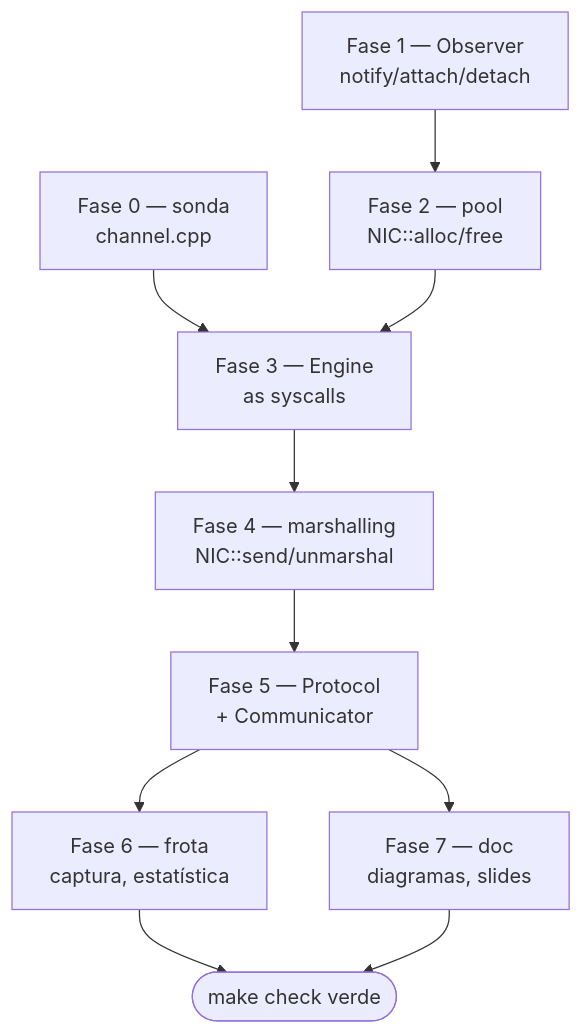
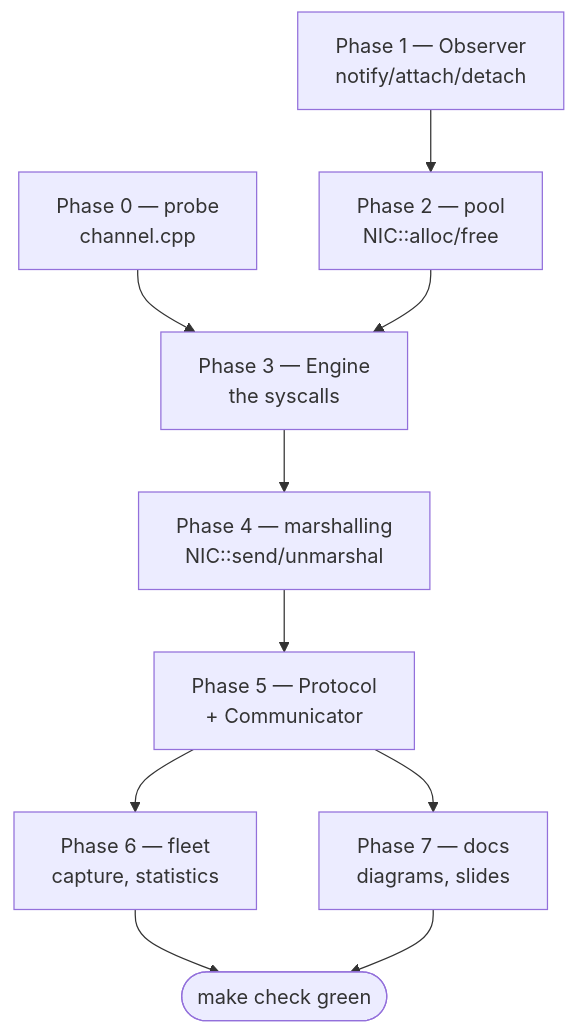
One commit to jpoanders/libvcomm changed the diagram in ROADMAP.md. Above: the diagram before and after it, drawn with Mermaid. The commit also changed other lines of this file and 32 other files, not shown here.

````diff
--- a/ROADMAP.md
+++ b/ROADMAP.md
@@ -27,12 +29,12 @@
 ```mermaid
 flowchart TD
-    F0["Fase 0 — sonda<br/>channel.cpp"] --> F3
-    F1["Fase 1 — Observer<br/>notify/attach/detach"] --> F2["Fase 2 — pool<br/>NIC::alloc/free"]
-    F2 --> F3["Fase 3 — Engine<br/>as syscalls"]
-    F3 --> F4["Fase 4 — marshalling<br/>NIC::send/unmarshal"]
-    F4 --> F5["Fase 5 — Protocol<br/>+ Communicator"]
-    F5 --> F6["Fase 6 — frota<br/>captura, estatística"]
-    F5 --> F7["Fase 7 — doc<br/>diagramas, slides"]
-    F6 --> F8(["make check verde"])
+    F0["Phase 0 — probe<br/>channel.cpp"] --> F3
+    F1["Phase 1 — Observer<br/>notify/attach/detach"] --> F2["Phase 2 — pool<br/>NIC::alloc/free"]
+    F2 --> F3["Phase 3 — Engine<br/>the syscalls"]
+    F3 --> F4["Phase 4 — marshalling<br/>NIC::send/unmarshal"]
+    F4 --> F5["Phase 5 — Protocol<br/>+ Communicator"]
+    F5 --> F6["Phase 6 — fleet<br/>capture, statistics"]
+    F5 --> F7["Phase 7 — docs<br/>diagrams, slides"]
+    F6 --> F8(["make check green"])
     F7 --> F8
 ```
````
